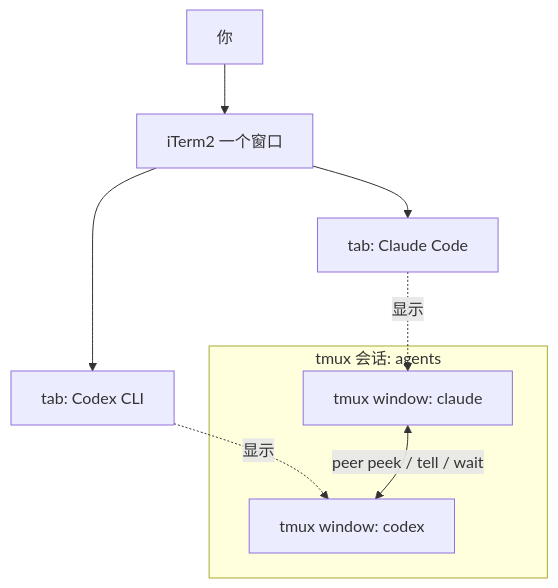
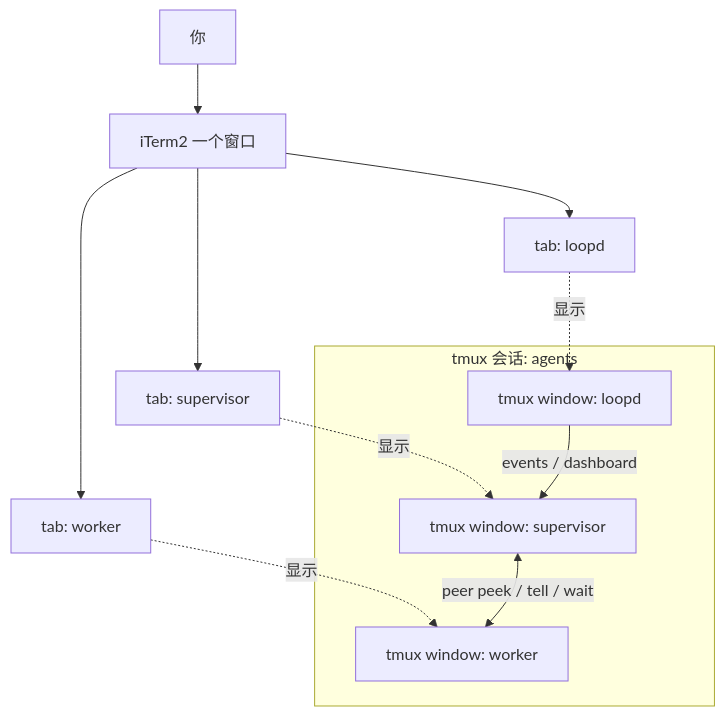
The first of 2 diagrams in README.zh-CN.md (fovecifer/agent-duo), drawn with Mermaid before and after one commit. The commit also changed other lines of this file and 14 other files, not shown here.

````diff
--- a/README.zh-CN.md
+++ b/README.zh-CN.md
@@ -32,15 +30,19 @@
 ```mermaid
 flowchart TB
   You["你"] --> ITerm["iTerm2 一个窗口"]
-  ITerm --> ClaudeTab["tab: Claude Code"]
-  ITerm --> CodexTab["tab: Codex CLI"]
+  ITerm --> SupervisorTab["tab: supervisor"]
+  ITerm --> WorkerTab["tab: worker"]
+  ITerm --> LoopdTab["tab: loopd"]
 
   subgraph Tmux["tmux 会话: agents"]
-    ClaudeWin["tmux window: claude"]
-    CodexWin["tmux window: codex"]
+    SupervisorWin["tmux window: supervisor"]
+    WorkerWin["tmux window: worker"]
+    LoopdWin["tmux window: loopd"]
   end
 
-  ClaudeTab -.显示.-> ClaudeWin
-  CodexTab -.显示.-> CodexWin
-  ClaudeWin <-->|peer peek / tell / wait| CodexWin
+  SupervisorTab -.显示.-> SupervisorWin
+  WorkerTab -.显示.-> WorkerWin
+  LoopdTab -.显示.-> LoopdWin
+  SupervisorWin <-->|peer peek / tell / wait| WorkerWin
+  LoopdWin -->|events / dashboard| SupervisorWin
 ```
````
